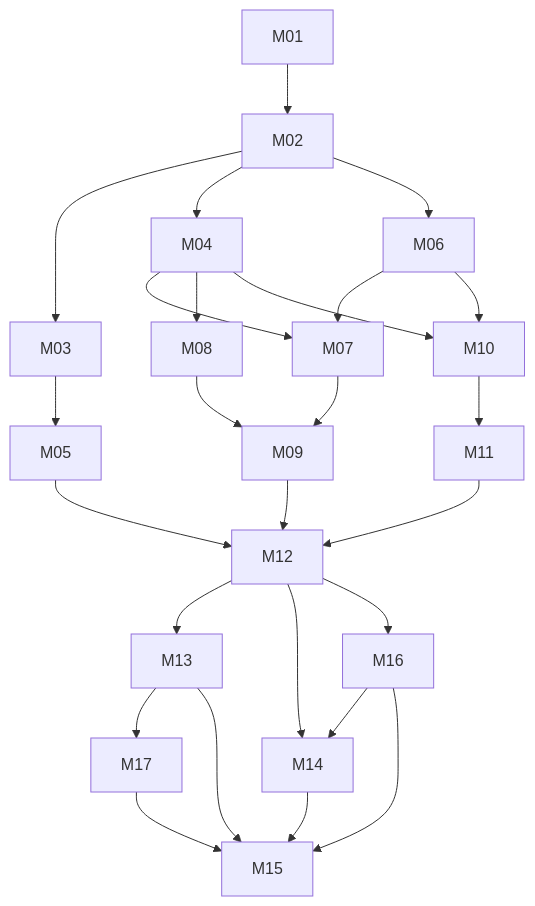
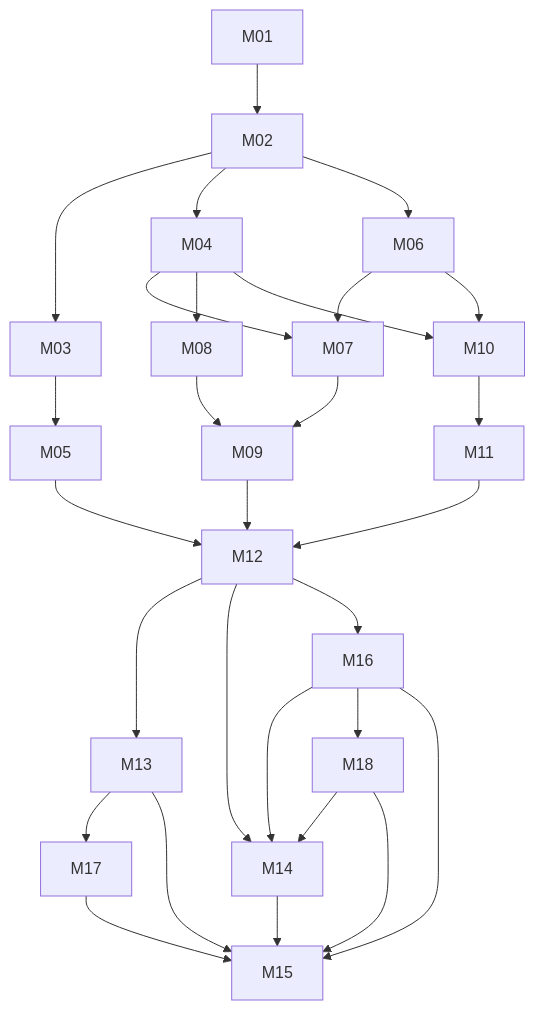
Before and after one commit to KomplexMojo/NordicAim: the diagram in docs/milestones/README.md, drawn with Mermaid. The commit also changed other lines of this file and 5 other files, not shown here.

````diff
--- a/docs/milestones/README.md
+++ b/docs/milestones/README.md
@@ -33,27 +34,30 @@
 ```mermaid
 flowchart TD
   M01 --> M02
   M02 --> M03 --> M05
   M02 --> M04
   M02 --> M06
   M04 --> M07
   M06 --> M07
   M04 --> M08
   M07 --> M09
   M08 --> M09
   M04 --> M10
   M06 --> M10
   M10 --> M11
   M05 --> M12
   M09 --> M12
   M11 --> M12
   M12 --> M13
   M12 --> M14
   M12 --> M16
   M13 --> M17
   M16 --> M14
+  M16 --> M18
+  M18 --> M14
+  M18 --> M15
   M13 --> M15
   M14 --> M15
   M16 --> M15
   M17 --> M15
 ```
````
